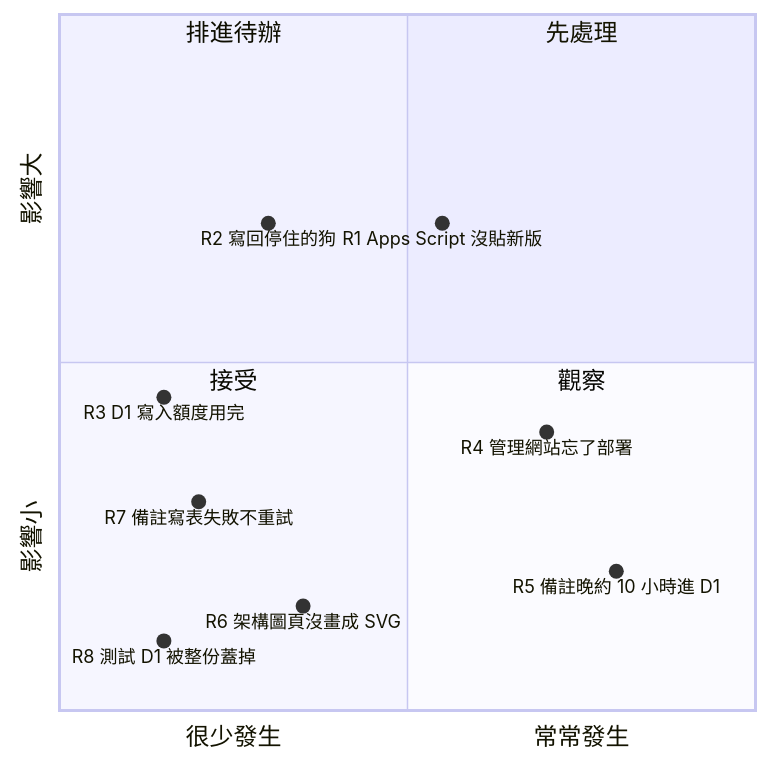
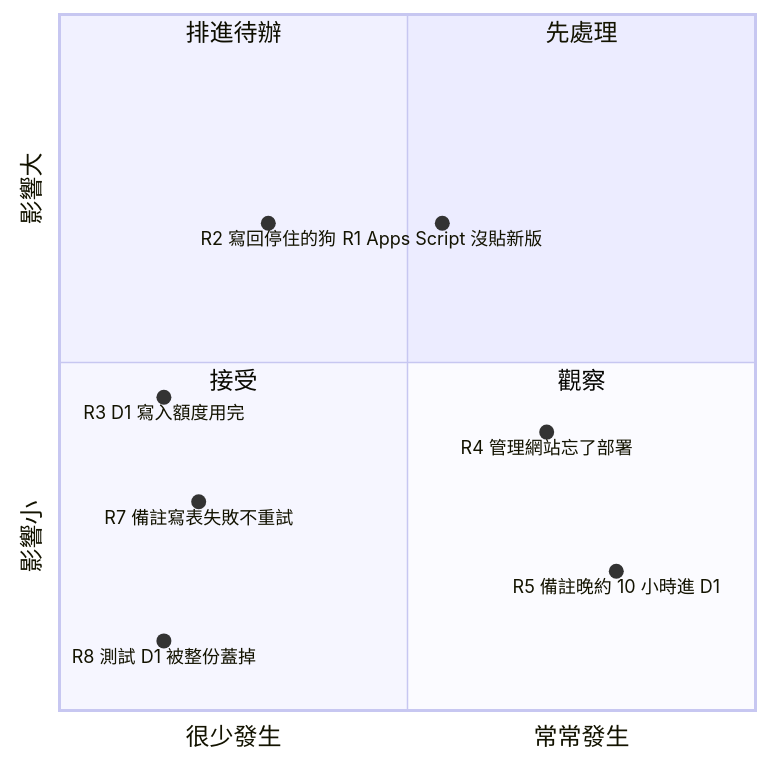
Before and after one commit to jiatsenK/bq-shelter-dogs: the seventh of 7 diagrams in docs/ARCHITECTURE.md, drawn with Mermaid. The commit also changed other lines of this file and 32 other files, not shown here.

First line of the commit message:
拿掉管理網站的系統架構圖頁，架構圖只留 claude.ai 的總覽頁 (#813)

````diff
--- a/docs/ARCHITECTURE.md
+++ b/docs/ARCHITECTURE.md
@@ -412,17 +412,16 @@
 ```mermaid
 quadrantChart
   x-axis "很少發生" --> "常常發生"
   y-axis "影響小" --> "影響大"
   quadrant-1 "先處理"
   quadrant-2 "排進待辦"
   quadrant-3 "接受"
   quadrant-4 "觀察"
   "R1 Apps Script 沒貼新版": [0.55, 0.7]
   "R2 寫回停住的狗": [0.3, 0.7]
   "R3 D1 寫入額度用完": [0.15, 0.45]
   "R4 管理網站忘了部署": [0.7, 0.4]
   "R5 備註晚約 10 小時進 D1": [0.8, 0.2]
-  "R6 架構圖頁沒畫成 SVG": [0.35, 0.15]
   "R7 備註寫表失敗不重試": [0.2, 0.3]
   "R8 測試 D1 被整份蓋掉": [0.15, 0.1]
 ```
````
